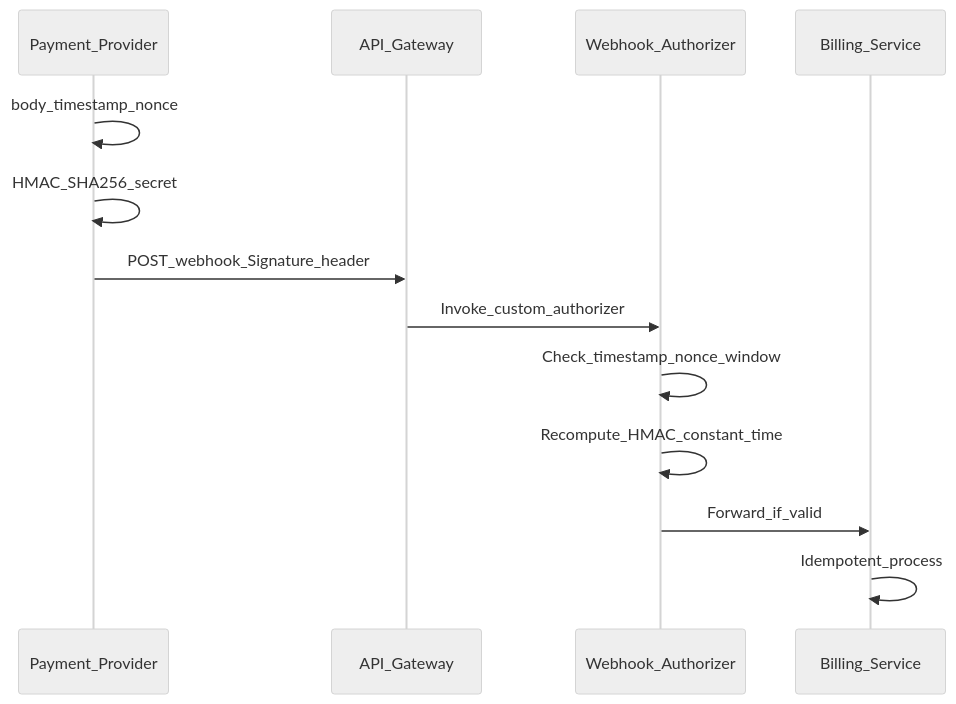
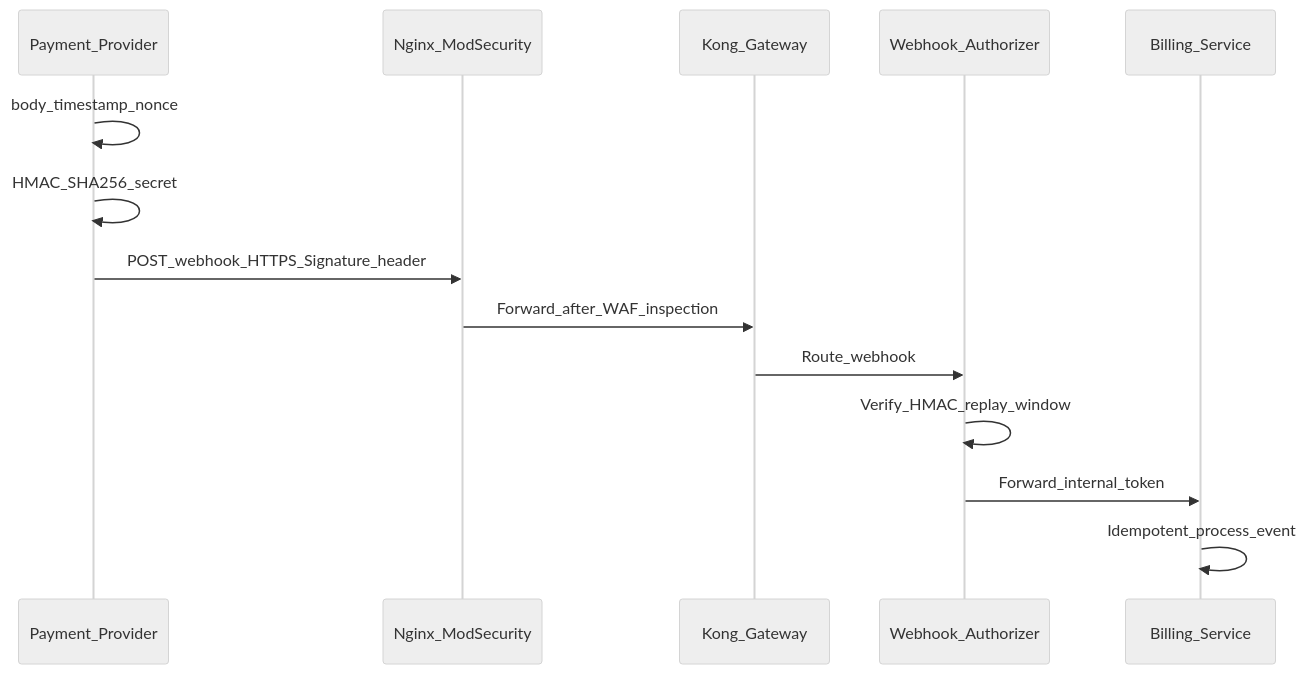
One commit to ntd4nh/NT219.Q22.ANTT changed the sixth of 7 diagrams in docs/books/Kien-truc-he-thong-NT219.md. Above: the diagram before and after it, drawn with Mermaid (neutral theme). The commit also changed other lines of this file and 85 other files, not shown here.

Commit message:
hardening: OPA RBAC, webhook-authorizer, audit cleanup, Kong JWT sync

````diff
--- a/docs/books/Kien-truc-he-thong-NT219.md
+++ b/docs/books/Kien-truc-he-thong-NT219.md
@@ -389,16 +389,17 @@
 ```mermaid
 sequenceDiagram
   participant PSP as Payment_Provider
-  participant GW as API_Gateway
+  participant WAF as Nginx_ModSecurity
+  participant GW as Kong_Gateway
   participant Auth as Webhook_Authorizer
   participant B as Billing_Service
 
   PSP->>PSP: body_timestamp_nonce
   PSP->>PSP: HMAC_SHA256_secret
-  PSP->>GW: POST_webhook_Signature_header
-  GW->>Auth: Invoke_custom_authorizer
-  Auth->>Auth: Check_timestamp_nonce_window
-  Auth->>Auth: Recompute_HMAC_constant_time
-  Auth->>B: Forward_if_valid
-  B->>B: Idempotent_process
+  PSP->>WAF: POST_webhook_HTTPS_Signature_header
+  WAF->>GW: Forward_after_WAF_inspection
+  GW->>Auth: Route_webhook
+  Auth->>Auth: Verify_HMAC_replay_window
+  Auth->>B: Forward_internal_token
+  B->>B: Idempotent_process_event
 ```
````
